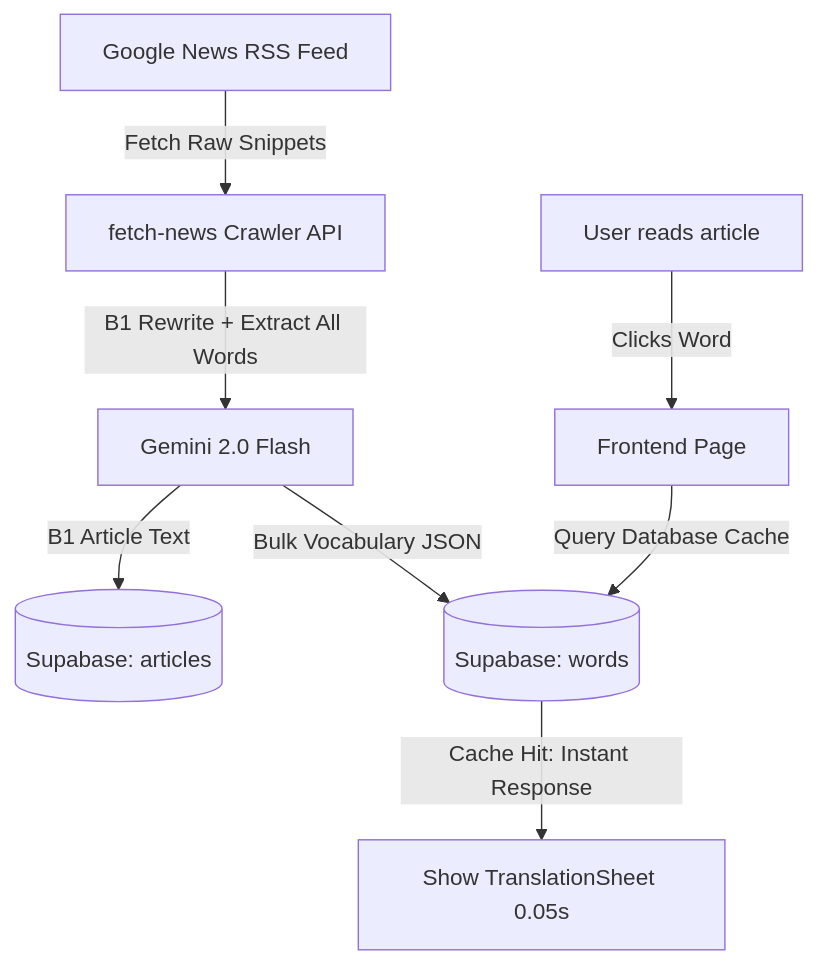
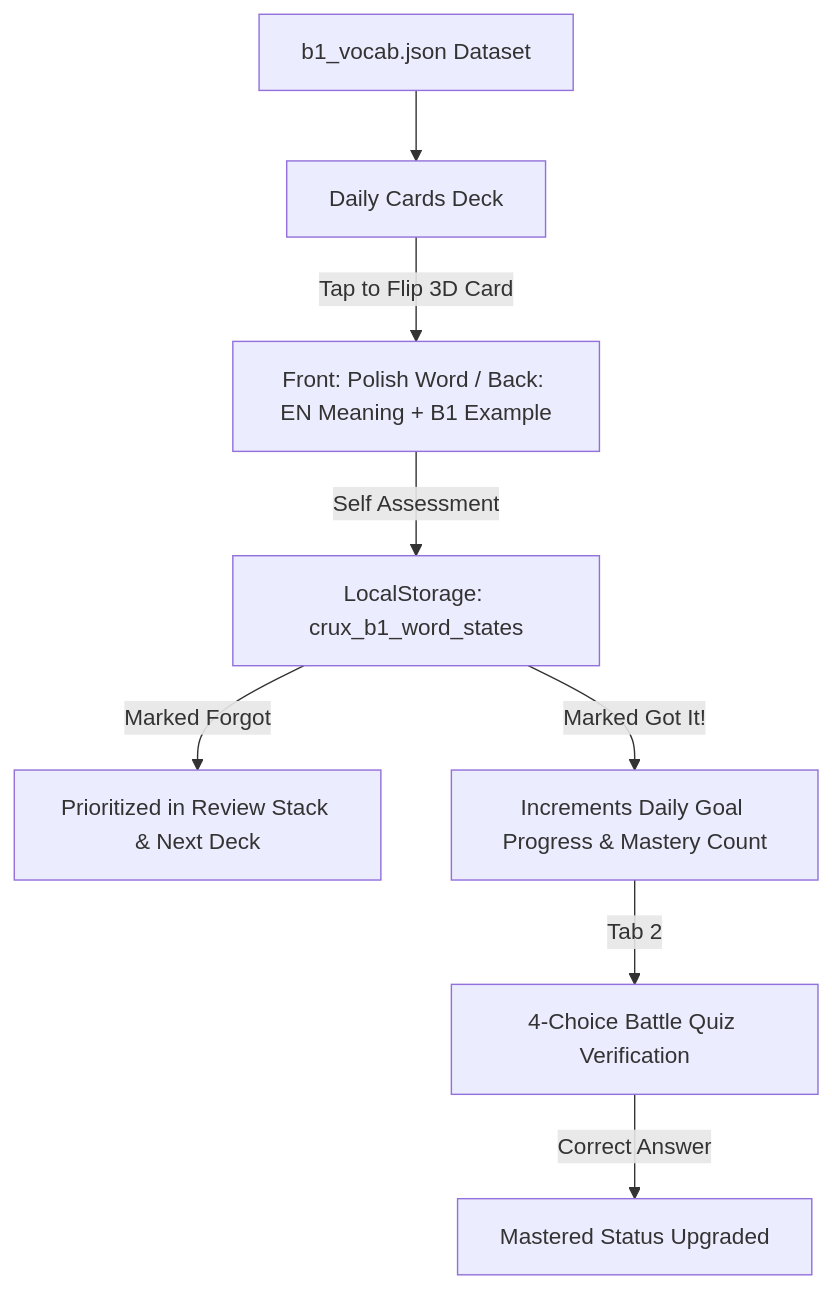
The diagram in HANDOVER.md (kidiksentrik/Crux), drawn with Mermaid before and after one commit. The commit also changed other lines of this file, not shown here.

Commit message:
Docs: Update HANDOVER.md with complete Crux B1 Exam Trainer architecture notes

````diff
--- a/HANDOVER.md
+++ b/HANDOVER.md
@@ -28,10 +40,10 @@
 ```mermaid
 graph TD
-    A[Google News RSS Feed] -->|Fetch Raw Snippets| B[fetch-news Crawler API]
-    B -->|B1 Rewrite + Extract All Words| C[Gemini 2.0 Flash]
-    C -->|B1 Article Text| D[(Supabase: articles)]
-    C -->|Bulk Vocabulary JSON| E[(Supabase: words)]
-    F[User reads article] -->|Clicks Word| G[Frontend Page]
-    G -->|Query Database Cache| E
-    E -->|Cache Hit: Instant Response| H[Show TranslationSheet 0.05s]
+    A[b1_vocab.json Dataset] --> B[Daily Cards Deck]
+    B -->|Tap to Flip 3D Card| C[Front: Polish Word / Back: EN Meaning + B1 Example]
+    C -->|Self Assessment| D[LocalStorage: crux_b1_word_states]
+    D -->|Marked Forgot| E[Prioritized in Review Stack & Next Deck]
+    D -->|Marked Got It!| F[Increments Daily Goal Progress & Mastery Count]
+    F -->|Tab 2| G[4-Choice Battle Quiz Verification]
+    G -->|Correct Answer| H[Mastered Status Upgraded]
 ```
````
